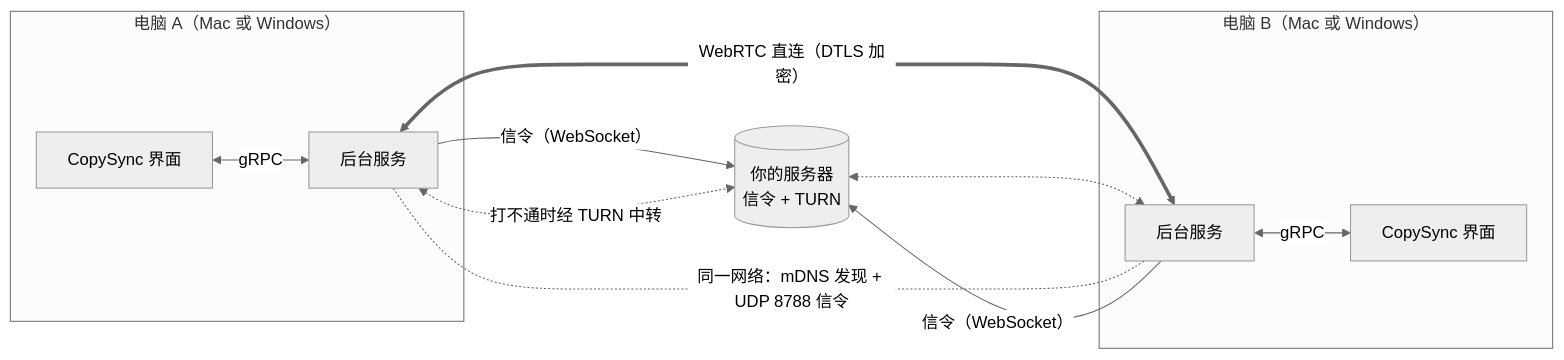
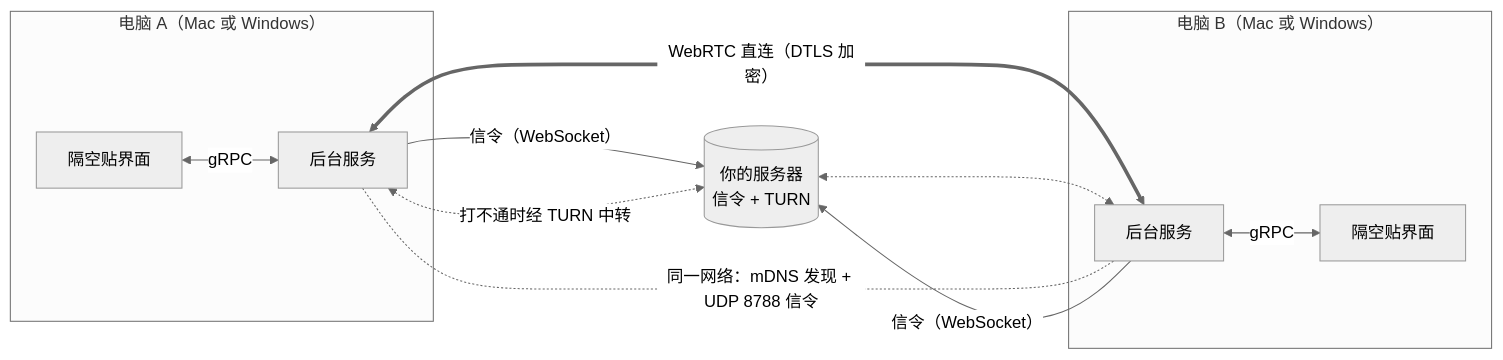
One commit to baiyuze/copysync changed the diagram in guide/how-it-works.zh-CN.md. Above: the diagram before and after it, drawn with Mermaid (neutral theme). The commit also changed other lines of this file and 349 other files, not shown here.

First line of the commit message:
refactor: rename CopySync to PasteFerry everywhere

````diff
--- a/guide/how-it-works.zh-CN.md
+++ b/guide/how-it-works.zh-CN.md
@@ -9,16 +9,16 @@
 ```mermaid
 flowchart LR
     subgraph A["电脑 A（Mac 或 Windows）"]
-        UA["CopySync 界面"] <-- "gRPC" --> DA["后台服务"]
+        UA["隔空贴界面"] <-- "gRPC" --> DA["后台服务"]
     end
     subgraph B["电脑 B（Mac 或 Windows）"]
-        DB["后台服务"] <-- "gRPC" --> UB["CopySync 界面"]
+        DB["后台服务"] <-- "gRPC" --> UB["隔空贴界面"]
     end
     S[("你的服务器\n信令 + TURN")]
     DA -- "信令（WebSocket）" --> S
     DB -- "信令（WebSocket）" --> S
     DA <== "WebRTC 直连（DTLS 加密）" ==> DB
     DA <-. "打不通时经 TURN 中转" .-> S
     S <-.-> DB
     DA -. "同一网络：mDNS 发现 + UDP 8788 信令" .- DB
 ```
````
